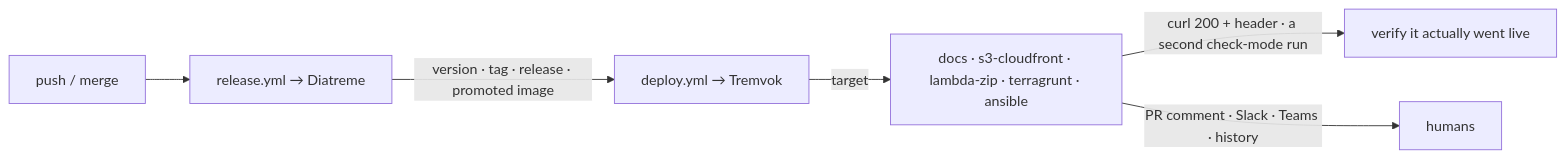
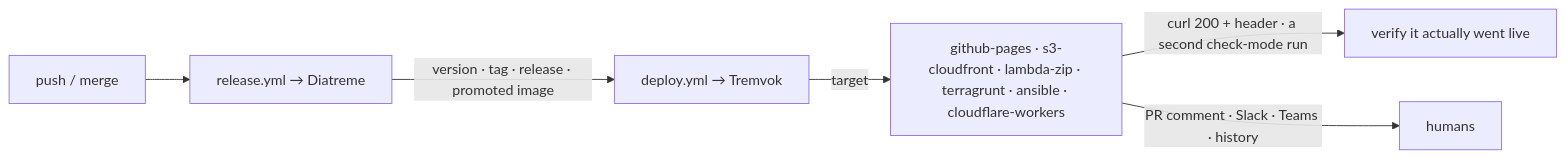
Before and after one commit to MagmaMoose/tremvok: the diagram in docs/index.md, drawn with Mermaid. The commit also changed other lines of this file and 36 other files, not shown here.

````diff
--- a/docs/index.md
+++ b/docs/index.md
@@ -11,8 +11,8 @@
 ```mermaid
 flowchart LR
   A[push / merge] --> B[release.yml → Diatreme]
   B -->|version · tag · release · promoted image| C[deploy.yml → Tremvok]
-  C -->|target| D[docs · s3-cloudfront · lambda-zip · terragrunt · ansible]
+  C -->|target| D[github-pages · s3-cloudfront · lambda-zip · terragrunt · ansible · cloudflare-workers]
   D -->|curl 200 + header · a second check-mode run| E[verify it actually went live]
   D -->|PR comment · Slack · Teams · history| F[humans]
 ```
````
